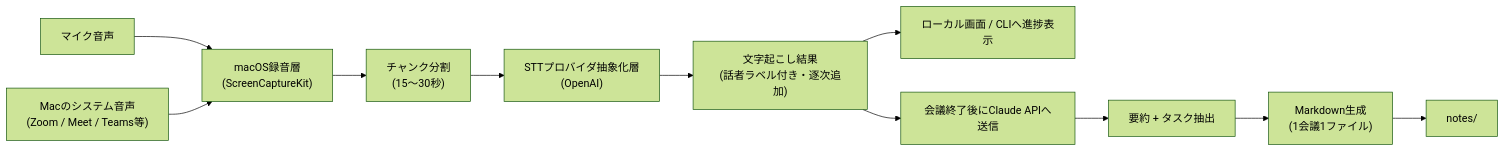
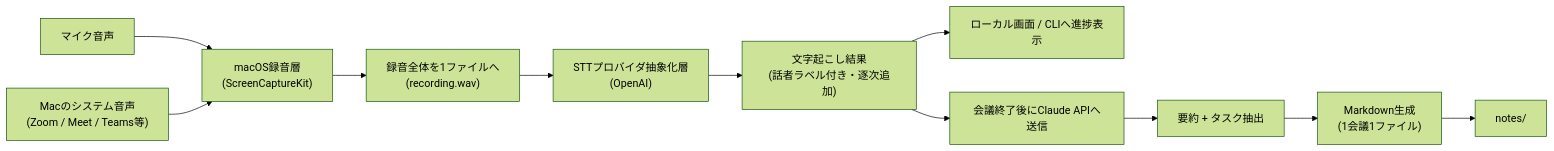
One commit to knk1313/local-meeting-notes changed the diagram in README.md. Above: the diagram before and after it, drawn with Mermaid (forest theme). The commit also changed other lines of this file and 10 other files, not shown here.

````diff
--- a/README.md
+++ b/README.md
@@ -30,13 +30,13 @@
 ```mermaid
 flowchart LR
     A[マイク音声] --> C["macOS録音層<br/>(ScreenCaptureKit)"]
     B["Macのシステム音声<br/>(Zoom / Meet / Teams等)"] --> C
-    C --> D["チャンク分割<br/>(15〜30秒)"]
+    C --> D["録音全体を1ファイルへ<br/>(recording.wav)"]
     D --> E["STTプロバイダ抽象化層<br/>(OpenAI)"]
     E --> F["文字起こし結果<br/>(話者ラベル付き・逐次追加)"]
     F --> G["ローカル画面 / CLIへ進捗表示"]
     F --> I["会議終了後にClaude APIへ送信"]
     I --> J[要約 + タスク抽出]
     J --> K["Markdown生成<br/>(1会議1ファイル)"]
     K --> L[notes/]
 ```
````
